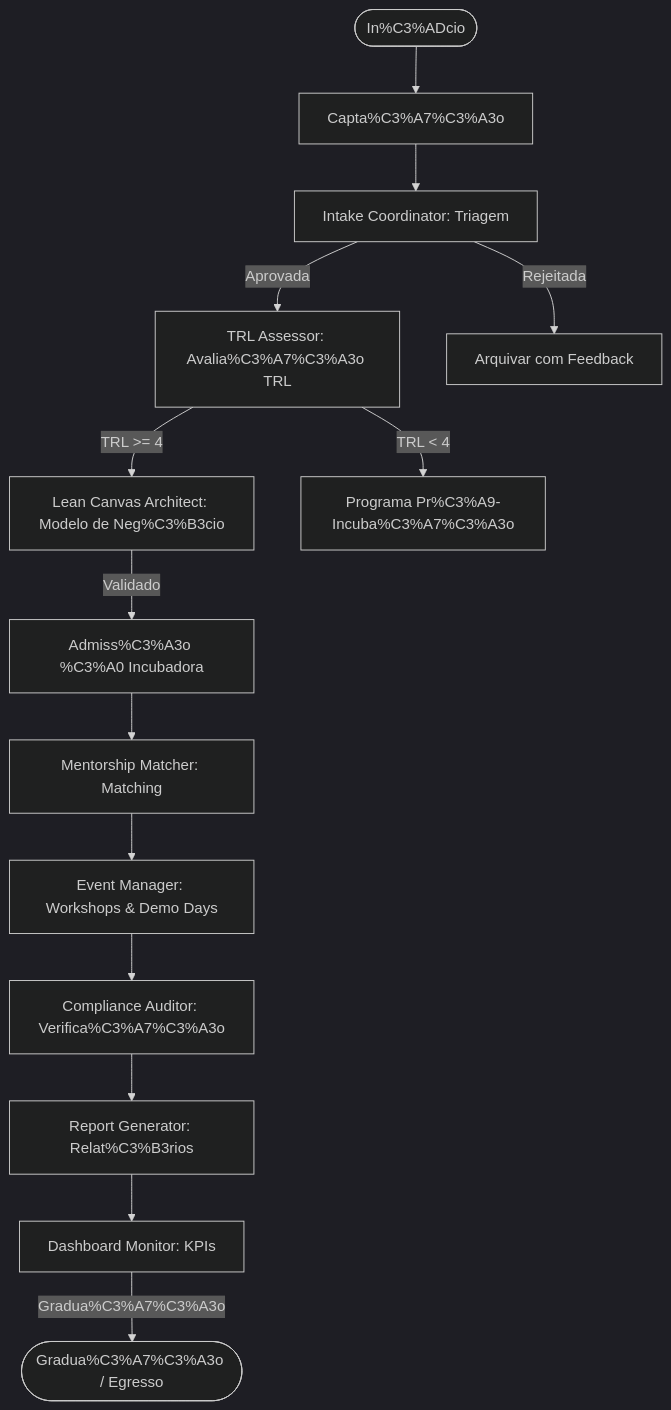
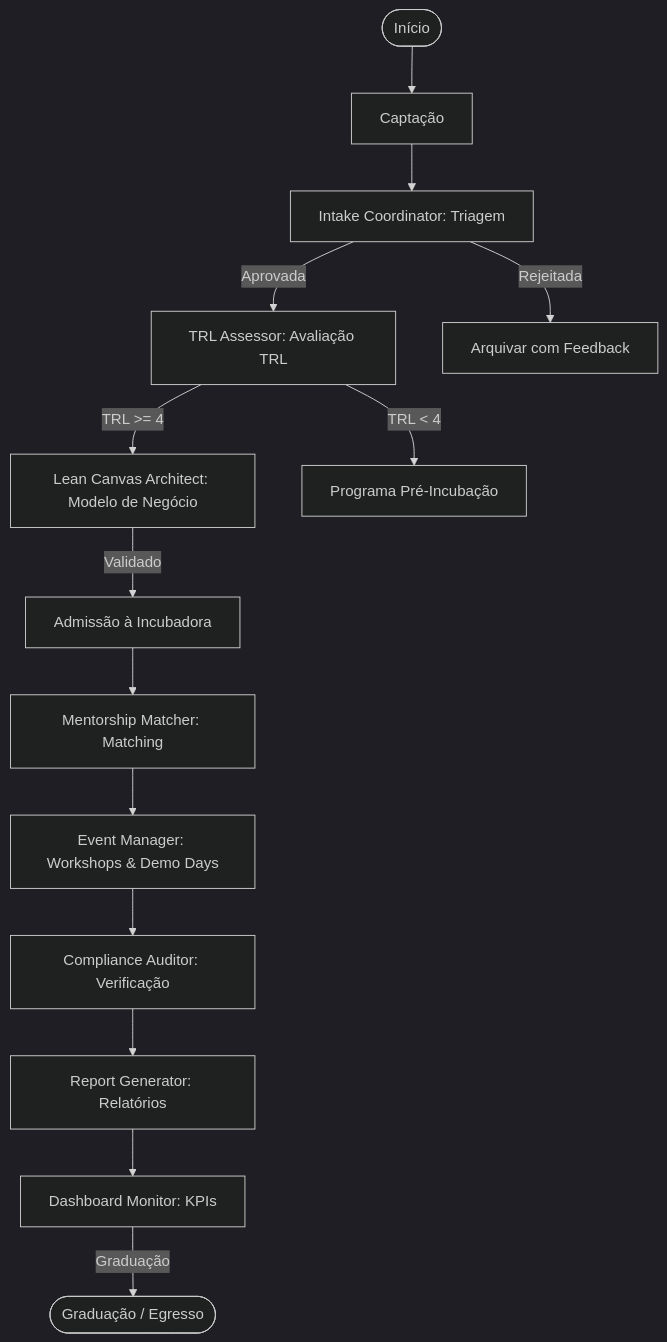
The second of 3 diagrams in squads/integra-incubadora-ops-squad/PRD.md (marciobisognin/Squads-Genius), drawn with Mermaid (dark theme) before and after one commit. The commit also changed other lines of this file and 5 other files, not shown here.

````diff
--- a/squads/integra-incubadora-ops-squad/PRD.md
+++ b/squads/integra-incubadora-ops-squad/PRD.md
@@ -123,16 +123,16 @@
 ```mermaid
 flowchart TD
-    Start([In%C3%ADcio]) --> Captura[Capta%C3%A7%C3%A3o]
+    Start([Início]) --> Captura[Captação]
     Captura --> Intake[Intake Coordinator: Triagem]
-    Intake -->|Aprovada| TRL[TRL Assessor: Avalia%C3%A7%C3%A3o TRL]
+    Intake -->|Aprovada| TRL[TRL Assessor: Avaliação TRL]
     Intake -->|Rejeitada| Arquivo[Arquivar com Feedback]
-    TRL -->|TRL >= 4| Canvas[Lean Canvas Architect: Modelo de Neg%C3%B3cio]
-    TRL -->|TRL < 4| PreInc[Programa Pr%C3%A9-Incuba%C3%A7%C3%A3o]
-    Canvas -->|Validado| Admiss%C3%A3o[Admiss%C3%A3o %C3%A0 Incubadora]
-    Admiss%C3%A3o --> Mentoria[Mentorship Matcher: Matching]
+    TRL -->|TRL >= 4| Canvas[Lean Canvas Architect: Modelo de Negócio]
+    TRL -->|TRL < 4| PreInc[Programa Pré-Incubação]
+    Canvas -->|Validado| Admissão[Admissão à Incubadora]
+    Admissão --> Mentoria[Mentorship Matcher: Matching]
     Mentoria --> Eventos[Event Manager: Workshops & Demo Days]
-    Eventos --> Compliance[Compliance Auditor: Verifica%C3%A7%C3%A3o]
-    Compliance --> Relat%C3%B3rios[Report Generator: Relat%C3%B3rios]
-    Relat%C3%B3rios --> Dashboard[Dashboard Monitor: KPIs]
-    Dashboard -->|Gradua%C3%A7%C3%A3o| End([Gradua%C3%A7%C3%A3o / Egresso])
+    Eventos --> Compliance[Compliance Auditor: Verificação]
+    Compliance --> Relatórios[Report Generator: Relatórios]
+    Relatórios --> Dashboard[Dashboard Monitor: KPIs]
+    Dashboard -->|Graduação| End([Graduação / Egresso])
 ```
````
